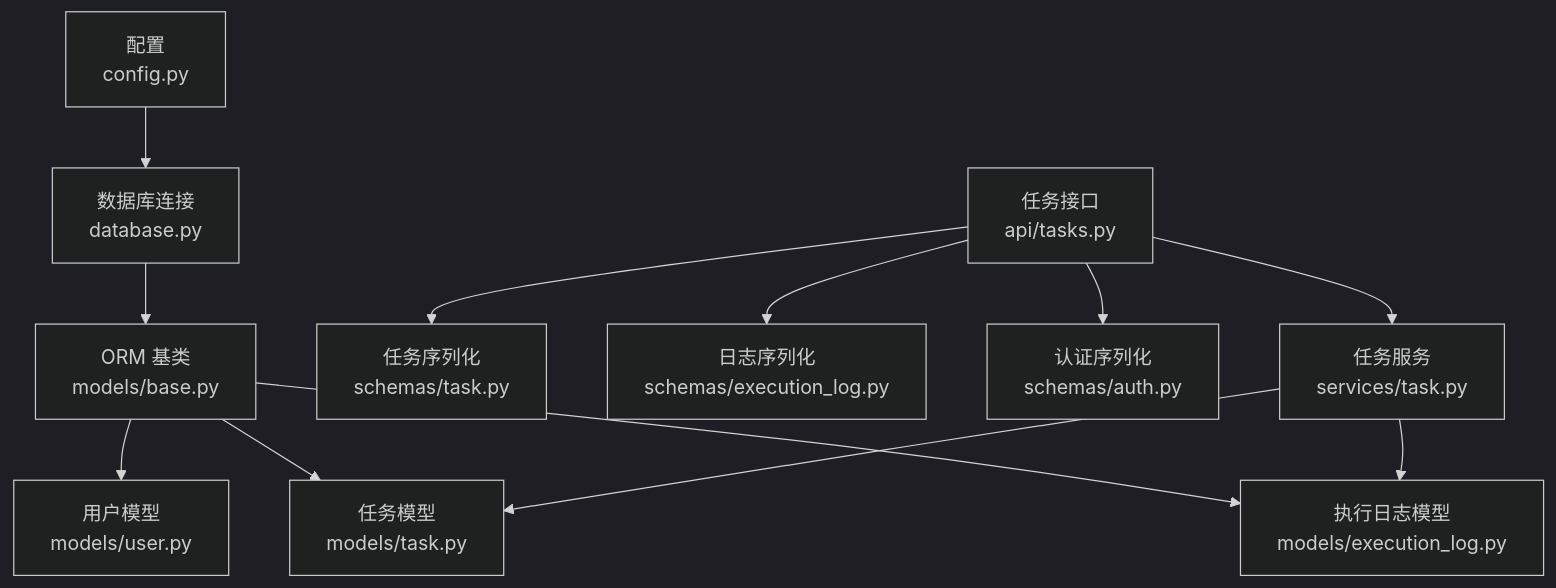
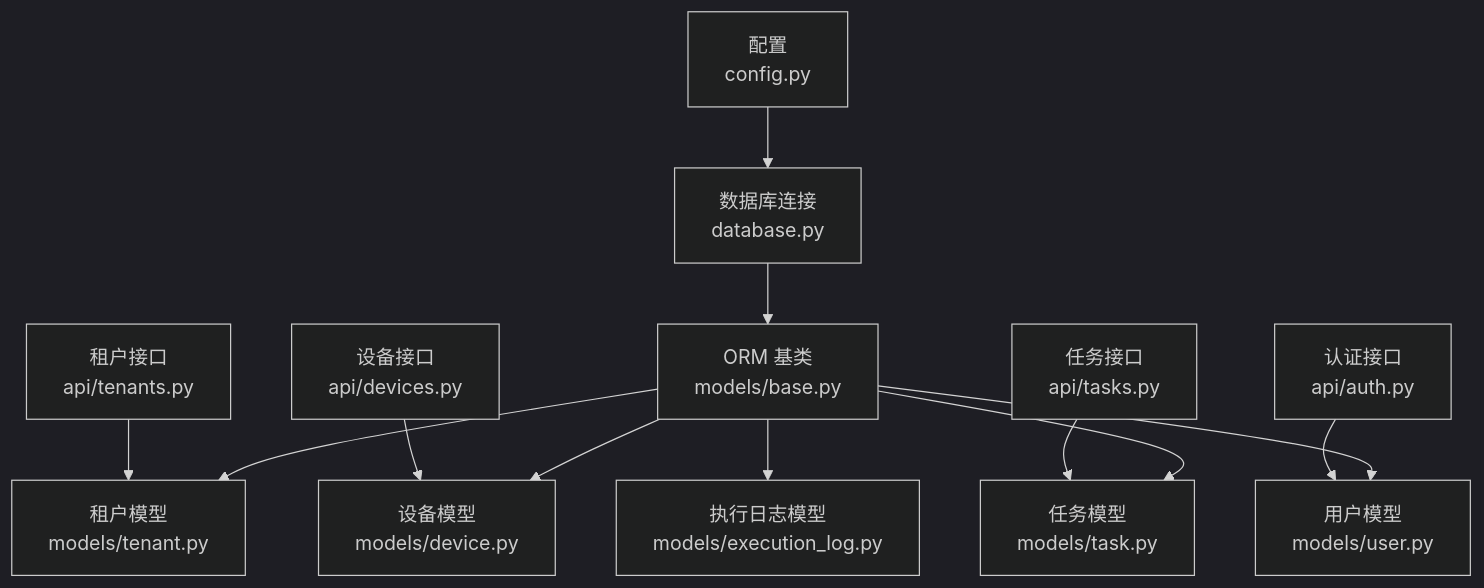
One commit to onebody/ccclubs_AI_RPA changed the first of 5 diagrams in .qoder/repowiki/zh/content/数据持久化/数据模型与访问.md. Above: the diagram before and after it, drawn with Mermaid (dark theme). The commit also changed other lines of this file and 16 other files, not shown here.

````diff
--- a/.qoder/repowiki/zh/content/数据持久化/数据模型与访问.md
+++ b/.qoder/repowiki/zh/content/数据持久化/数据模型与访问.md
@@ -41,25 +41,26 @@
 ```mermaid
 graph TB
 cfg["配置<br/>config.py"]
 db["数据库连接<br/>database.py"]
 base["ORM 基类<br/>models/base.py"]
+m_tenant["租户模型<br/>models/tenant.py"]
+m_device["设备模型<br/>models/device.py"]
+m_task["任务模型<br/>models/task.py"]
 m_user["用户模型<br/>models/user.py"]
-m_task["任务模型<br/>models/task.py"]
 m_log["执行日志模型<br/>models/execution_log.py"]
-sch_task["任务序列化<br/>schemas/task.py"]
-sch_log["日志序列化<br/>schemas/execution_log.py"]
-sch_auth["认证序列化<br/>schemas/auth.py"]
-api["任务接口<br/>api/tasks.py"]
-svc["任务服务<br/>services/task.py"]
+api_tenant["租户接口<br/>api/tenants.py"]
+api_device["设备接口<br/>api/devices.py"]
+api_task["任务接口<br/>api/tasks.py"]
+api_auth["认证接口<br/>api/auth.py"]
 cfg --> db
 db --> base
+base --> m_tenant
+base --> m_device
+base --> m_task
 base --> m_user
-base --> m_task
 base --> m_log
-api --> svc
-svc --> m_task
-svc --> m_log
-api --> sch_task
-api --> sch_log
-api --> sch_auth
+api_tenant --> m_tenant
+api_device --> m_device
+api_task --> m_task
+api_auth --> m_user
 ```
````
